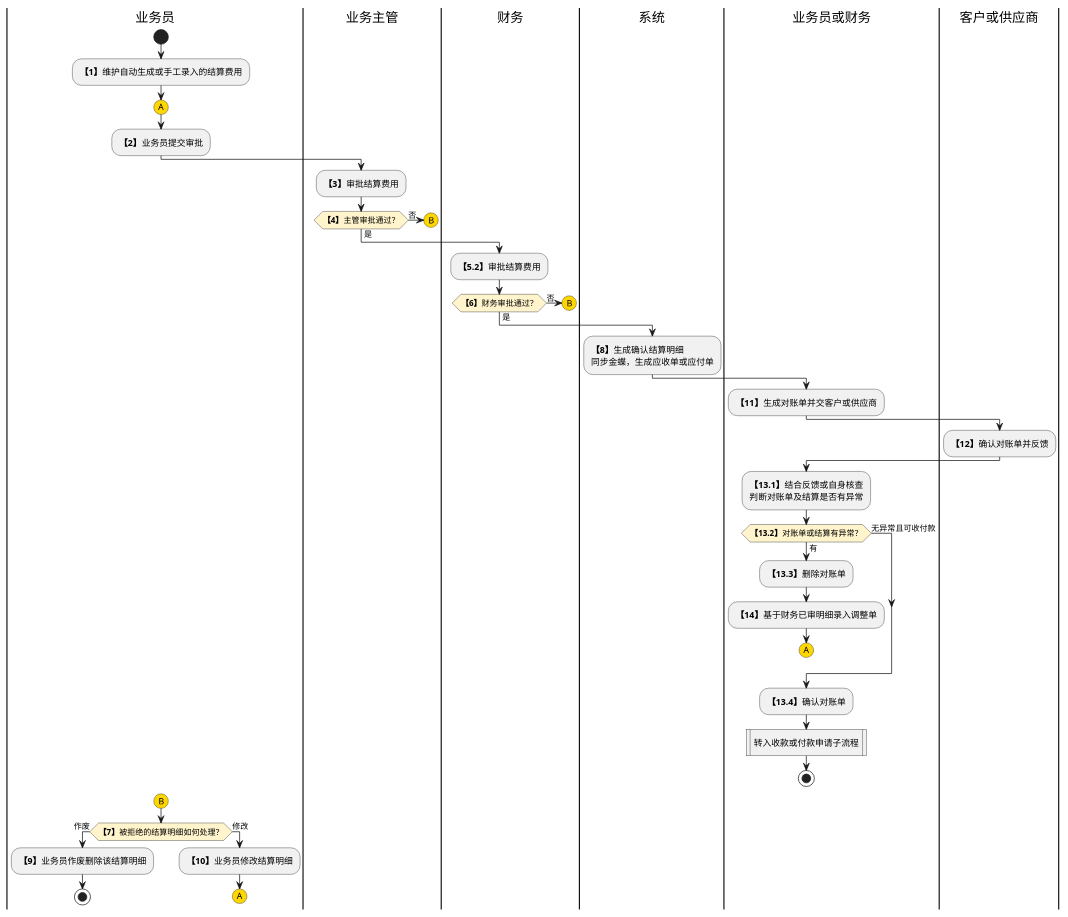
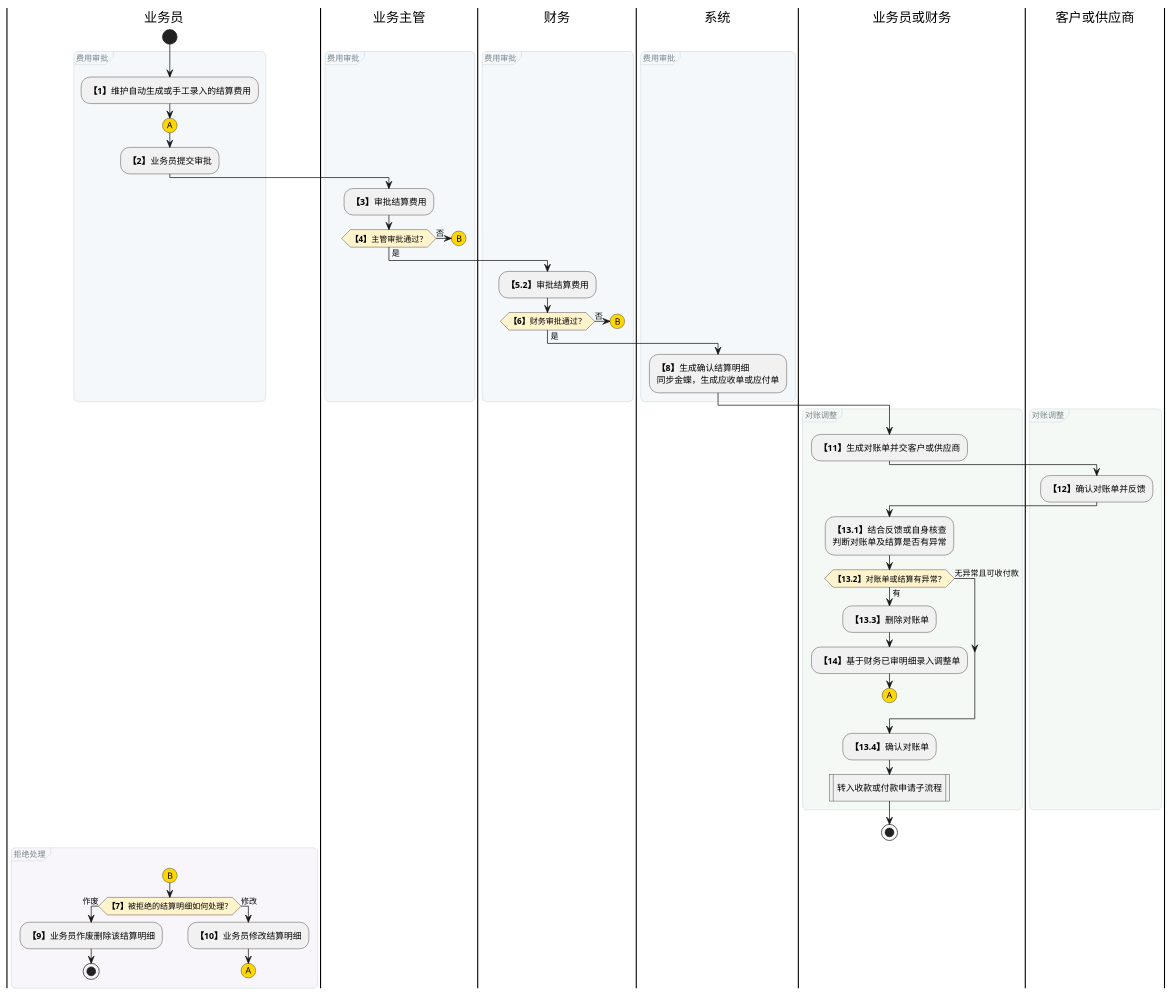
Before and after one commit to jack888332/projects-doc: the first of 4 diagrams in product-caliber/goldjet/segmented-prd/PRD.高捷物流系统一期.第022篇.财务基础与结算流程.40E841D3A6.md, drawn with PlantUML. The commit also changed 16 other files, not shown here.

Commit message:
给DSL图分组

````diff
--- a/product-caliber/goldjet/segmented-prd/PRD.高捷物流系统一期.第022篇.财务基础与结算流程.40E841D3A6.md
+++ b/product-caliber/goldjet/segmented-prd/PRD.高捷物流系统一期.第022篇.财务基础与结算流程.40E841D3A6.md
@@ -59,52 +59,70 @@
 ```plantuml
 @startuml goldjet-022-cost-approval-reconciliation
 skinparam activityDiamondBackgroundColor #FFF4CC
+<style>
+activityDiagram {
+  group {
+    LineColor #CAD5DA
+    LineThickness 0.7
+    RoundCorner 12
+    FontColor #78848D
+    FontSize 11
+    FontStyle plain
+  }
+}
+</style>
 |业务员|
 start
+group 费用审批 #F4F8FA {
 :**【1】**维护自动生成或手工录入的结算费用;
 #gold:(A)
 :**【2】**业务员提交审批;
 |业务主管|
 :**【3】**审批结算费用;
 if (**【4】**主管审批通过？) then (否)
   #gold:(B)
   detach
 else (是)
 endif
 |财务|
 :**【5.2】**审批结算费用;
 if (**【6】**财务审批通过？) then (否)
   #gold:(B)
   detach
 else (是)
 endif
 |系统|
 :**【8】**生成确认结算明细\n同步金蝶，生成应收单或应付单;
+}
+group 对账调整 #F5F9F6 {
 |业务员或财务|
 :**【11】**生成对账单并交客户或供应商;
 |客户或供应商|
 :**【12】**确认对账单并反馈;
 |业务员或财务|
 :**【13.1】**结合反馈或自身核查\n判断对账单及结算是否有异常;
 if (**【13.2】**对账单或结算有异常？) then (有)
   :**【13.3】**删除对账单;
   :**【14】**基于财务已审明细录入调整单;
   #gold:(A)
   detach
 else (无异常且可收付款)
 endif
 :**【13.4】**确认对账单;
 :转入收款或付款申请子流程; <<procedure>>
+}
 stop
+group 拒绝处理 #F8F6FA {
 |业务员|
 #gold:(B)
 if (**【7】**被拒绝的结算明细如何处理？) then (作废)
   :**【9】**业务员作废删除该结算明细;
   stop
 else (修改)
   :**【10】**业务员修改结算明细;
   #gold:(A)
   detach
 endif
+}
 @enduml
 ```
````
